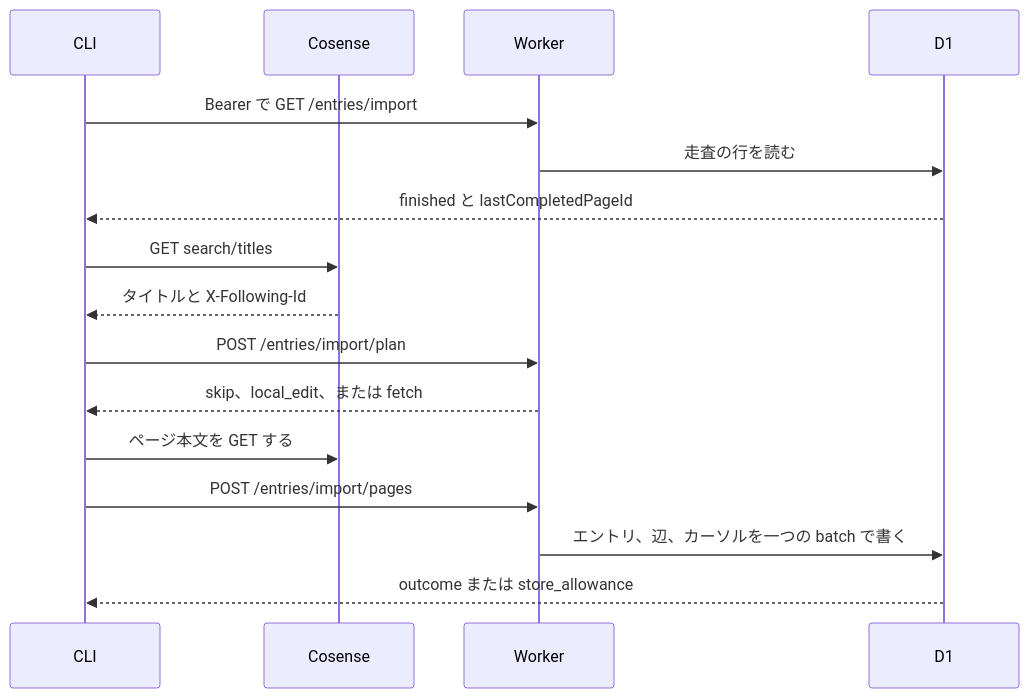
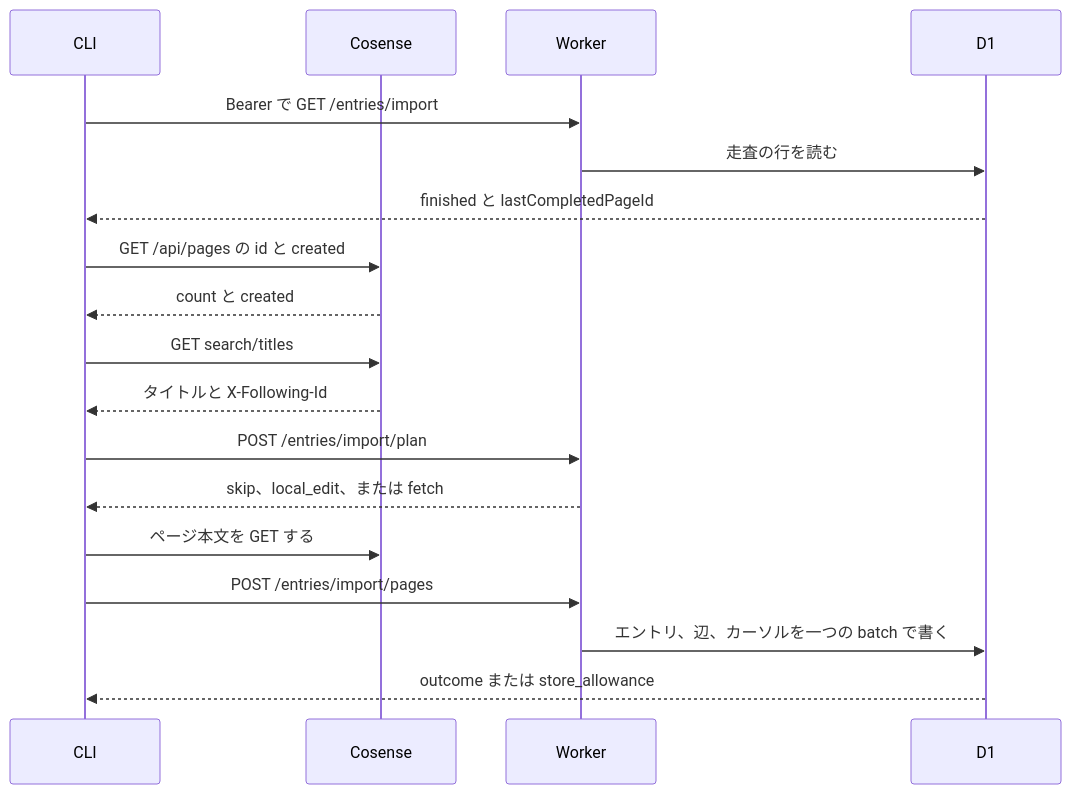
One commit to yamanoku/weblog changed the diagram in docs/products/weblog/features/cosense-import/design.ja.md. Above: the diagram before and after it, drawn with Mermaid. The commit also changed other lines of this file and 5 other files, not shown here.

First line of the commit message:
Limit Cosense import to the pages listed on 2026-11-03.

````diff
--- a/docs/products/weblog/features/cosense-import/design.ja.md
+++ b/docs/products/weblog/features/cosense-import/design.ja.md
@@ -116,18 +122,20 @@
 ```mermaid
 sequenceDiagram
   participant CLI as CLI
   participant Cosense as Cosense
   participant Worker as Worker
   participant D1 as D1
   CLI->>Worker: Bearer で GET /entries/import
   Worker->>D1: 走査の行を読む
   D1-->>CLI: finished と lastCompletedPageId
+  CLI->>Cosense: GET /api/pages の id と created
+  Cosense-->>CLI: count と created
   CLI->>Cosense: GET search/titles
   Cosense-->>CLI: タイトルと X-Following-Id
   CLI->>Worker: POST /entries/import/plan
   Worker-->>CLI: skip、local_edit、または fetch
   CLI->>Cosense: ページ本文を GET する
   CLI->>Worker: POST /entries/import/pages
   Worker->>D1: エントリ、辺、カーソルを一つの batch で書く
   D1-->>CLI: outcome または store_allowance
 ```
````
